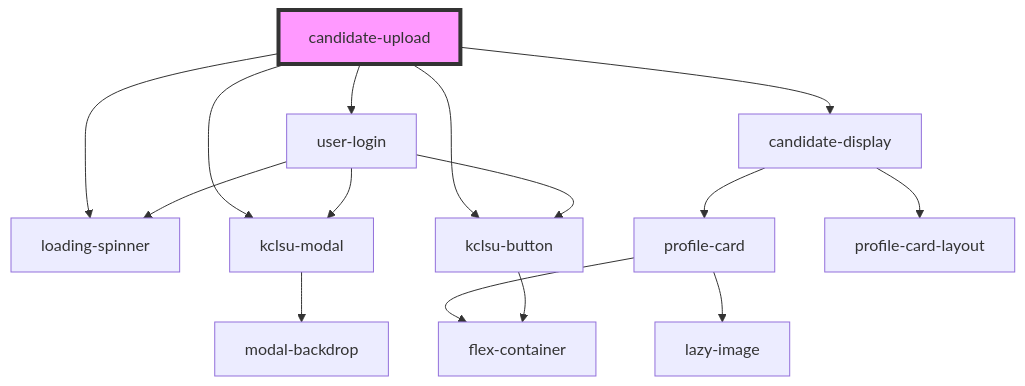
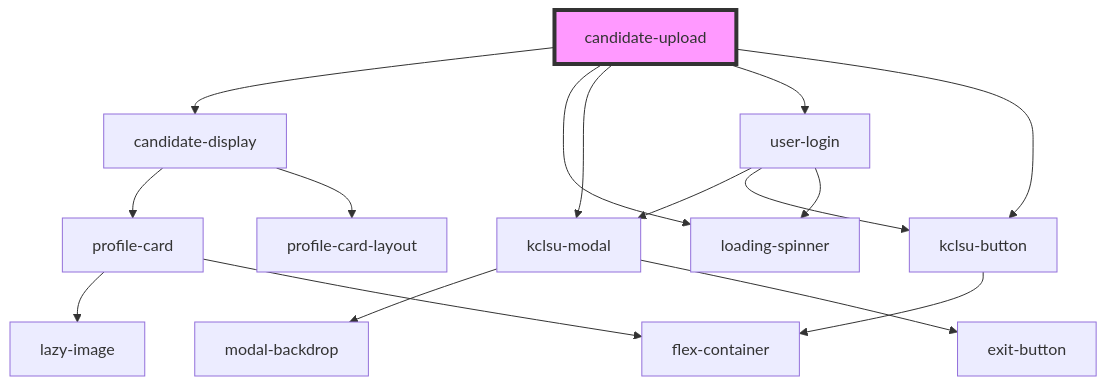
The diagram in src/components/projects/elections/candidate_upload/readme.md (dev-kylo/component_library), drawn with Mermaid before and after one commit. The commit also changed 32 other files, not shown here.

````diff
--- a/src/components/projects/elections/candidate_upload/readme.md
+++ b/src/components/projects/elections/candidate_upload/readme.md
@@ -28,18 +28,19 @@
 ```mermaid
 graph TD;
   candidate-upload --> candidate-display
   candidate-upload --> loading-spinner
   candidate-upload --> kclsu-modal
   candidate-upload --> user-login
   candidate-upload --> kclsu-button
   candidate-display --> profile-card
   candidate-display --> profile-card-layout
   profile-card --> lazy-image
   profile-card --> flex-container
   kclsu-modal --> modal-backdrop
+  kclsu-modal --> exit-button
   user-login --> kclsu-modal
   user-login --> kclsu-button
   user-login --> loading-spinner
   kclsu-button --> flex-container
   style candidate-upload fill:#f9f,stroke:#333,stroke-width:4px
 ```
````
